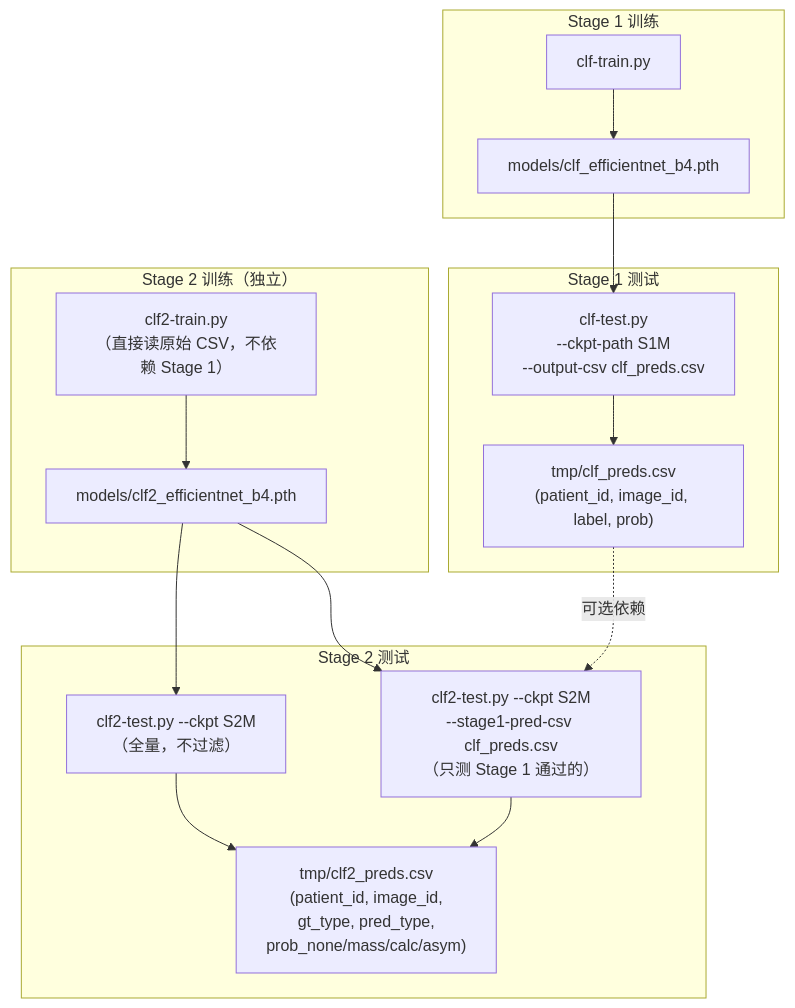
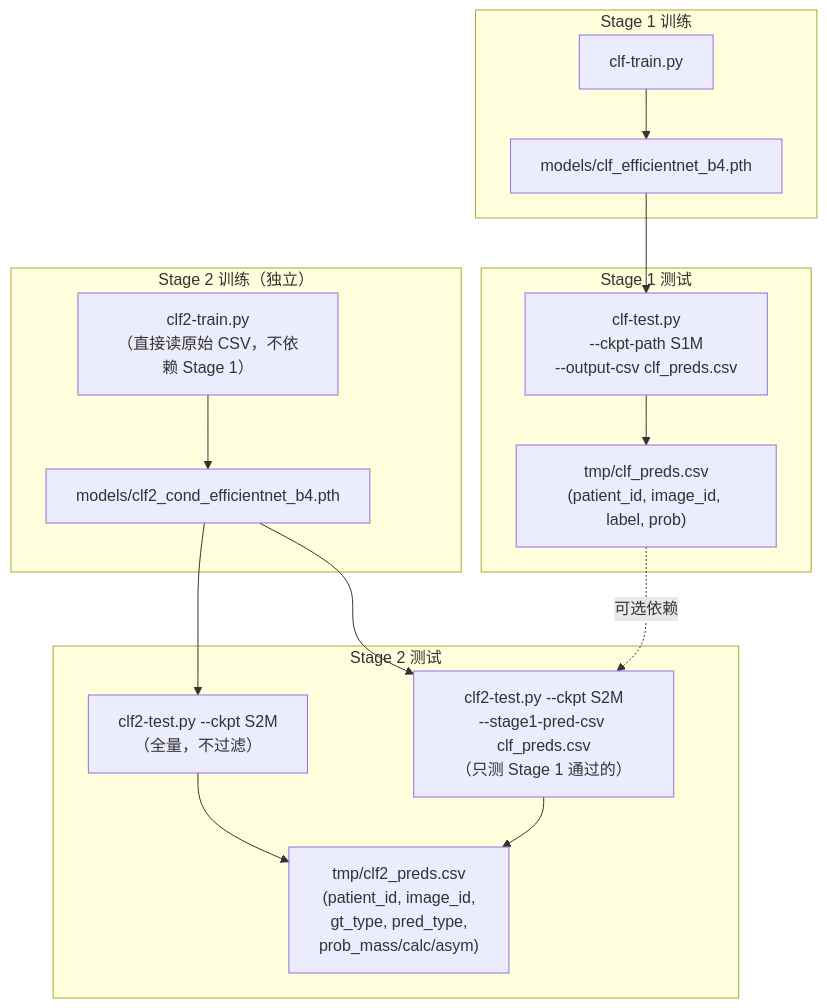
The diagram in docs/deep-learning.md (qzddmyc/MammoPearl-Training), drawn with Mermaid before and after one commit. The commit also changed other lines of this file and 4 other files, not shown here.

````diff
--- a/docs/deep-learning.md
+++ b/docs/deep-learning.md
@@ -133,32 +133,32 @@
 ```mermaid
 graph TB
     subgraph "Stage 1 训练"
         S1T["clf-train.py"]
         S1M["models/clf_efficientnet_b4.pth"]
         S1T --> S1M
     end
 
     subgraph "Stage 1 测试"
         S1Test["clf-test.py<br/>--ckpt-path S1M<br/>--output-csv clf_preds.csv"]
         S1CSV["tmp/clf_preds.csv<br/>(patient_id, image_id, label, prob)"]
         S1M --> S1Test
         S1Test --> S1CSV
     end
 
     subgraph "Stage 2 训练（独立）"
         S2T["clf2-train.py<br/>（直接读原始 CSV，不依赖 Stage 1）"]
-        S2M["models/clf2_efficientnet_b4.pth"]
+        S2M["models/clf2_cond_efficientnet_b4.pth"]
         S2T --> S2M
     end
 
     subgraph "Stage 2 测试"
         S2Full["clf2-test.py --ckpt S2M<br/>（全量，不过滤）"]
         S2Filter["clf2-test.py --ckpt S2M<br/>--stage1-pred-csv clf_preds.csv<br/>（只测 Stage 1 通过的）"]
-        S2CSV["tmp/clf2_preds.csv<br/>(patient_id, image_id,<br/>gt_type, pred_type,<br/>prob_none/mass/calc/asym)"]
+        S2CSV["tmp/clf2_preds.csv<br/>(patient_id, image_id,<br/>gt_type, pred_type,<br/>prob_mass/calc/asym)"]
         S2M --> S2Full
         S2M --> S2Filter
         S1CSV -.->|可选依赖| S2Filter
         S2Full --> S2CSV
         S2Filter --> S2CSV
     end
 ```
````
